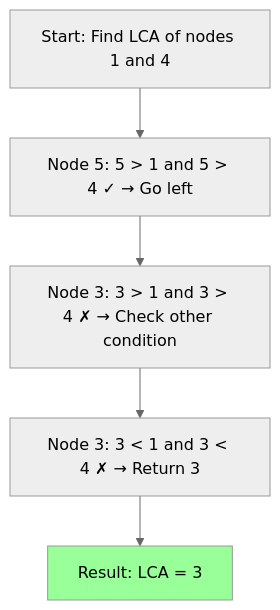
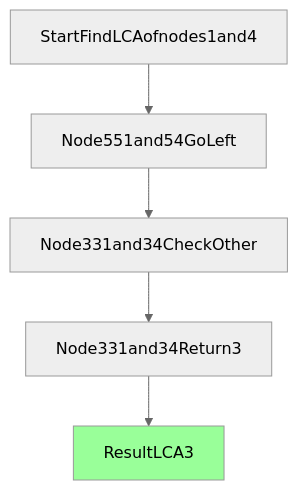
Before and after one commit to proxyroot/proxyroot.github.io: the fourth of 4 diagrams in _posts/2024-06-01-bst-overview.markdown, drawn with Mermaid (neutral theme). The commit also changed other lines of this file and 2 other files, not shown here.

````diff
--- a/_posts/2024-06-01-bst-overview.markdown
+++ b/_posts/2024-06-01-bst-overview.markdown
@@ -194,11 +170,11 @@
 ```mermaid
 graph TD
-    Start[Start: Find LCA of nodes 1 and 4]
-    N5[Node 5: 5 > 1 and 5 > 4 ✓ → Go left]
-    N3[Node 3: 3 > 1 and 3 > 4 ✗ → Check other condition]
-    N3Check[Node 3: 3 < 1 and 3 < 4 ✗ → Return 3]
-    Result[Result: LCA = 3]
+    Start[StartFindLCAofnodes1and4]
+    N5[Node551and54GoLeft]
+    N3[Node331and34CheckOther]
+    N3Check[Node331and34Return3]
+    Result[ResultLCA3]
 
     Start --> N5 --> N3 --> N3Check --> Result
     style Result fill:#99ff99
 ```
````
